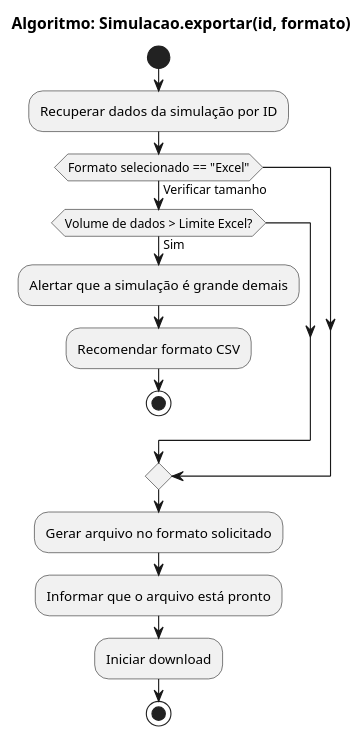
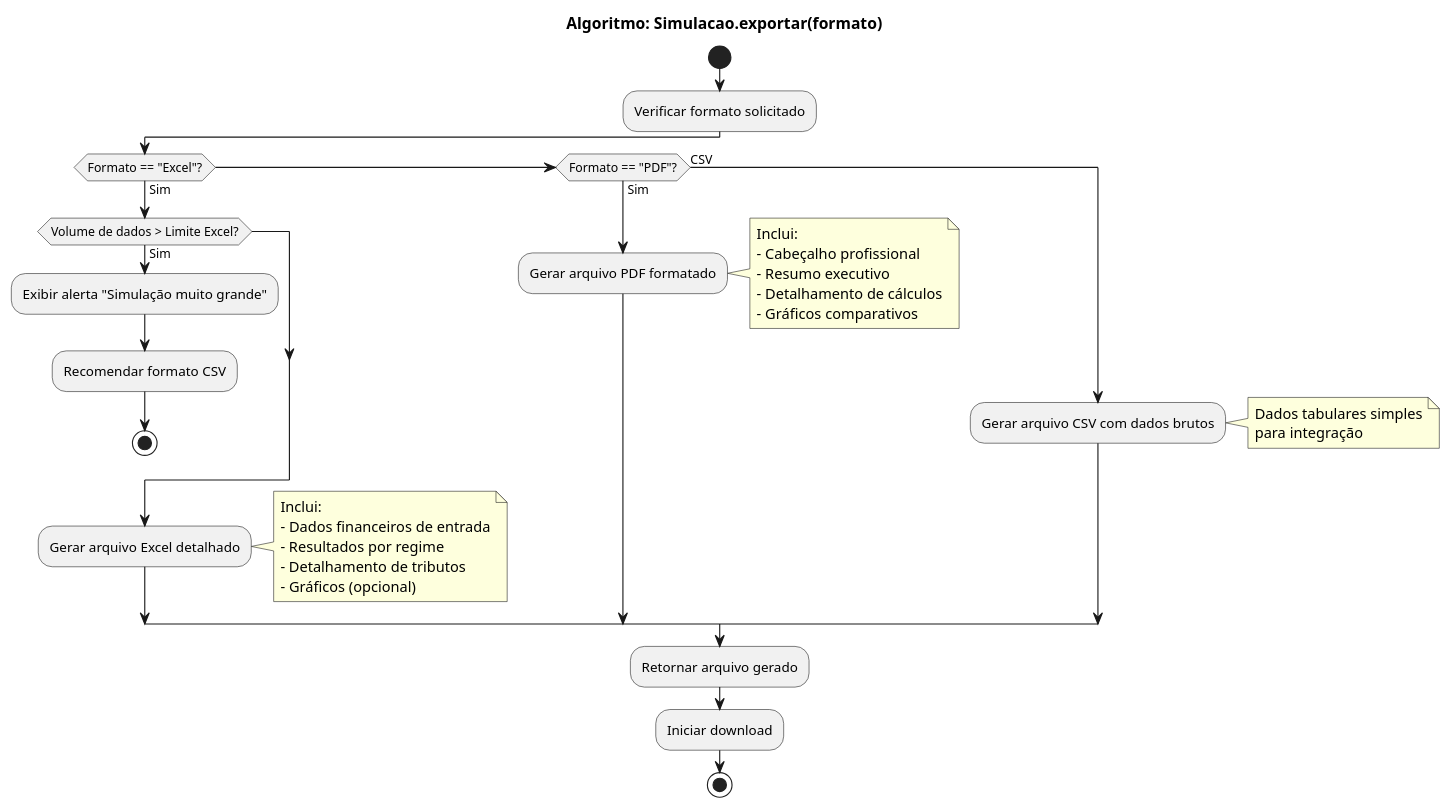
The diagram in specs/diagrams/classes/metodos/relatorio/exportarSimulacao.puml (araujofs/sst), drawn with PlantUML before and after one commit. The commit also changed 6 other files, not shown here.

Commit message:
feat: corrige diagramas de gabriel

```diff
--- a/specs/diagrams/classes/metodos/relatorio/exportarSimulacao.puml
+++ b/specs/diagrams/classes/metodos/relatorio/exportarSimulacao.puml
@@ -1,16 +1,38 @@
 @startuml
-title Algoritmo: Simulacao.exportar(id, formato)
+title Algoritmo: Simulacao.exportar(formato)
 start
-:Recuperar dados da simulação por ID;
-if (Formato selecionado == "Excel") then (Verificar tamanho)
+:Verificar formato solicitado;
+if (Formato == "Excel"?) then (Sim)
     if (Volume de dados > Limite Excel?) then (Sim)
-        :Alertar que a simulação é grande demais;
+        :Exibir alerta "Simulação muito grande";
         :Recomendar formato CSV;
         stop
     endif
+    :Gerar arquivo Excel detalhado;
+    note right
+      Inclui:
+      - Dados financeiros de entrada
+      - Resultados por regime
+      - Detalhamento de tributos
+      - Gráficos (opcional)
+    end note
+elseif (Formato == "PDF"?) then (Sim)
+    :Gerar arquivo PDF formatado;
+    note right
+      Inclui:
+      - Cabeçalho profissional
+      - Resumo executivo
+      - Detalhamento de cálculos
+      - Gráficos comparativos
+    end note
+else (CSV)
+    :Gerar arquivo CSV com dados brutos;
+    note right
+      Dados tabulares simples
+      para integração
+    end note
 endif
-:Gerar arquivo no formato solicitado;
-:Informar que o arquivo está pronto;
+:Retornar arquivo gerado;
 :Iniciar download;
 stop
 @enduml
```
